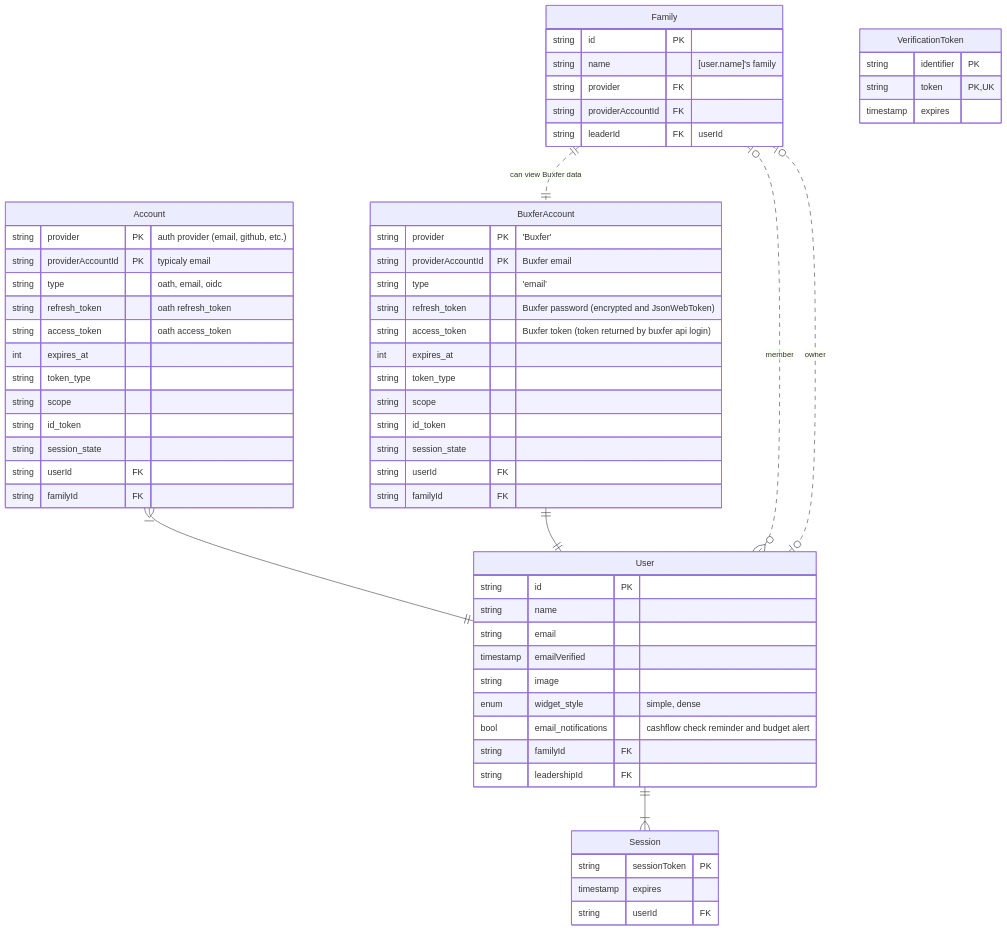
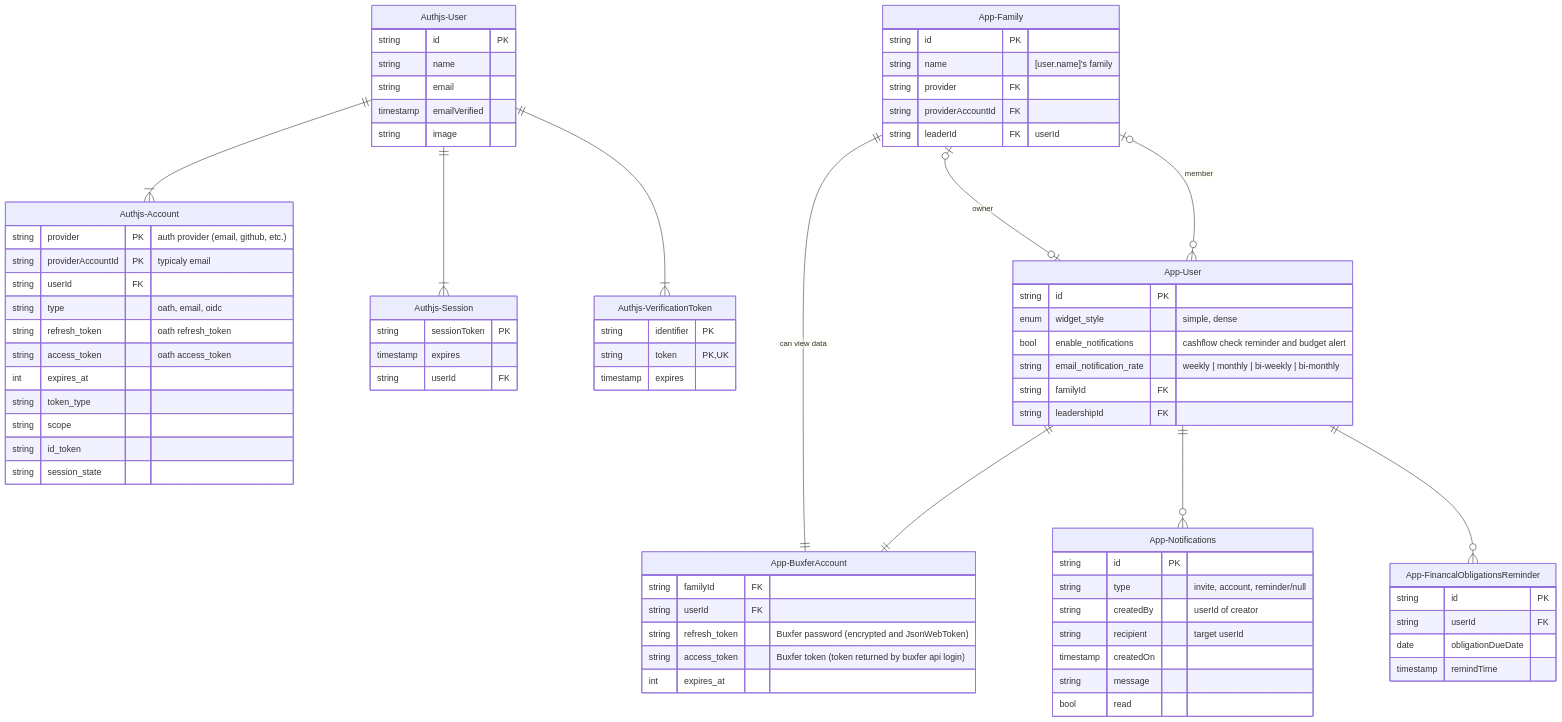
The diagram in database_diagram.mmd (JonathonRP/FinanseerOps), drawn with Mermaid before and after one commit. The commit also changed 74 other files, not shown here.

```diff
--- a/database_diagram.mmd
+++ b/database_diagram.mmd
@@ -1,76 +1,94 @@
 erDiagram
-    Family ||..|| BuxferAccount : "can view Buxfer data"
-    Account }|--|| User : ""
-    BuxferAccount ||--|| User : ""
-    User |o..o| Family : "owner"
-    Family |o..o{ User : "member"
-    User ||--|{ Session : ""
-    VerificationToken
+    App-User ||--|| App-BuxferAccount : ""
+    App-User ||--o{ App-Notifications : ""
+    App-User ||--o{ App-FinancalObligationsReminder : ""
+    App-Family ||--|| App-BuxferAccount : "can view data"
+    App-Family |o--o| App-User : "owner"
+    App-Family |o--o{ App-User : "member"
+    Authjs-User ||--|{ Authjs-Account : ""
+    Authjs-User ||--|{ Authjs-Session : ""
+    Authjs-User ||--|{ Authjs-VerificationToken : ""
 
-    VerificationToken {
+    Authjs-VerificationToken {
         string identifier PK
         string token PK, UK
         timestamp expires
     }
 
-    %% Users are invite only.
-    User {
+    Authjs-User {
         string id PK
         string name
         string email
         timestamp emailVerified
         string image
+    }
+
+    App-User {
+        string id PK
         enum widget_style "simple, dense"
-        bool email_notifications "cashflow check reminder and budget alert"
+        bool enable_notifications "cashflow check reminder and budget alert"
+        string email_notification_rate "weekly | monthly | bi-weekly | bi-monthly"
         string familyId FK
         string leadershipId FK
     }
 
+    App-Notifications {
+        string id PK
+        string type "invite, account, reminder/null"
+        string createdBy "userId of creator"
+        string recipient "target userId"
+        timestamp createdOn
+        string message
+        bool read
+    }
+
+    App-FinancalObligationsReminder {
+        string id PK
+        string userId FK
+        date obligationDueDate
+        timestamp remindTime
+        
+    }
+
+
+
     %% Family members are invite only.
-    Family {
+    App-Family {
         string id PK
         string name "[user.name]'s family"
         string provider FK
         string providerAccountId FK
         string leaderId FK "userId"
     }
 
     %% for oath accounts and linking accounts (specifically Buxfer only)
     %% buxfer password - (encrypted and JsonWebToken)
     %% buxfer_token should be passed through as cookie to allow expiring
     %% on expire of buxfer_token use refresh_token (buxfer password) to relogin.
-    Account {
+    Authjs-Account {
         string provider PK "auth provider (email, github, etc.)"
         string providerAccountId PK "typicaly email"
+        string userId FK
         string type "oath, email, oidc"
         string refresh_token "oath refresh_token"
         string access_token "oath access_token"
         int expires_at
         string token_type
         string scope
         string id_token
         string session_state
-        string userId FK
-        string familyId FK
     }
 
-    Session {
+    Authjs-Session {
         string sessionToken PK
         timestamp expires
         string userId FK
     }
 
-    BuxferAccount {
-        string provider PK "'Buxfer'"
-        string providerAccountId PK "Buxfer email"
-        string type "'email'"
+    App-BuxferAccount {
+        string familyId FK
+        string userId FK
         string refresh_token "Buxfer password (encrypted and JsonWebToken)"
         string access_token "Buxfer token (token returned by buxfer api login)"
         int expires_at
-        string token_type
-        string scope
-        string id_token
-        string session_state
-        string userId FK
-        string familyId FK
     }
```
